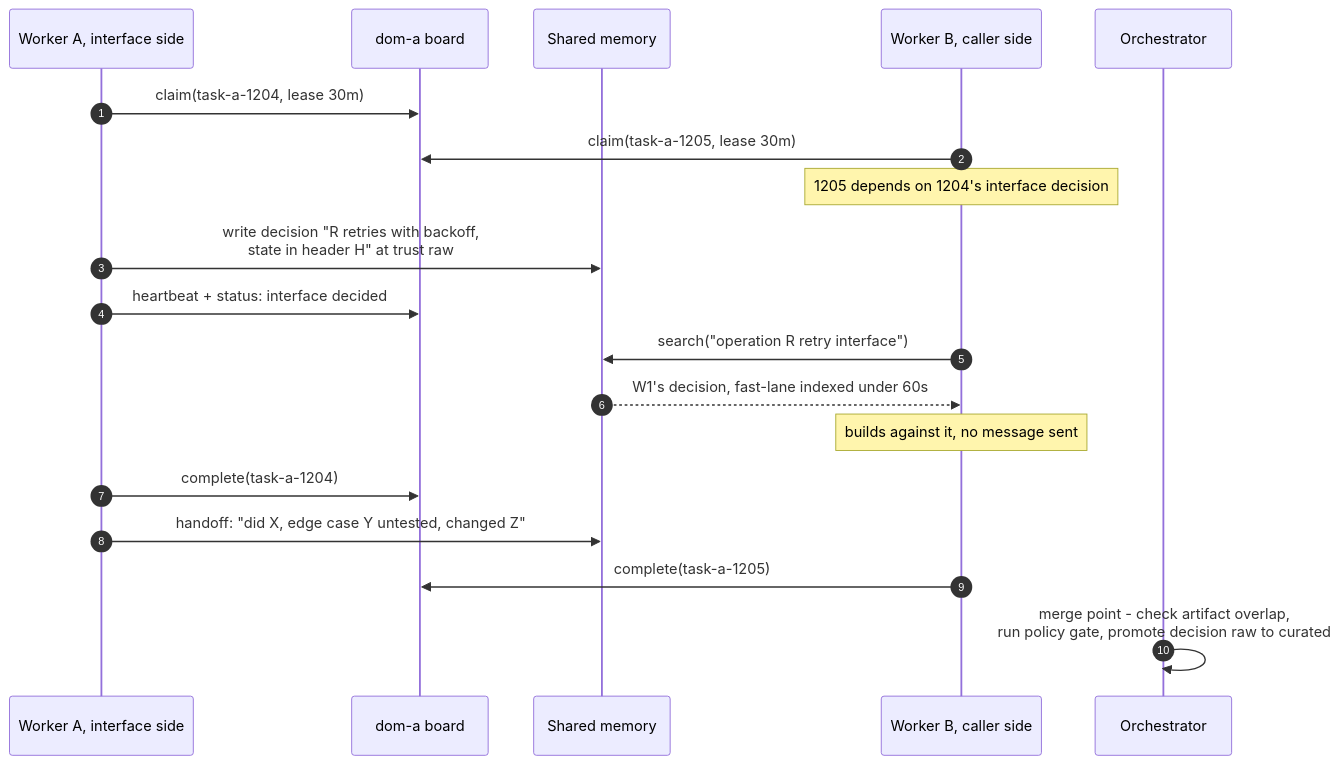
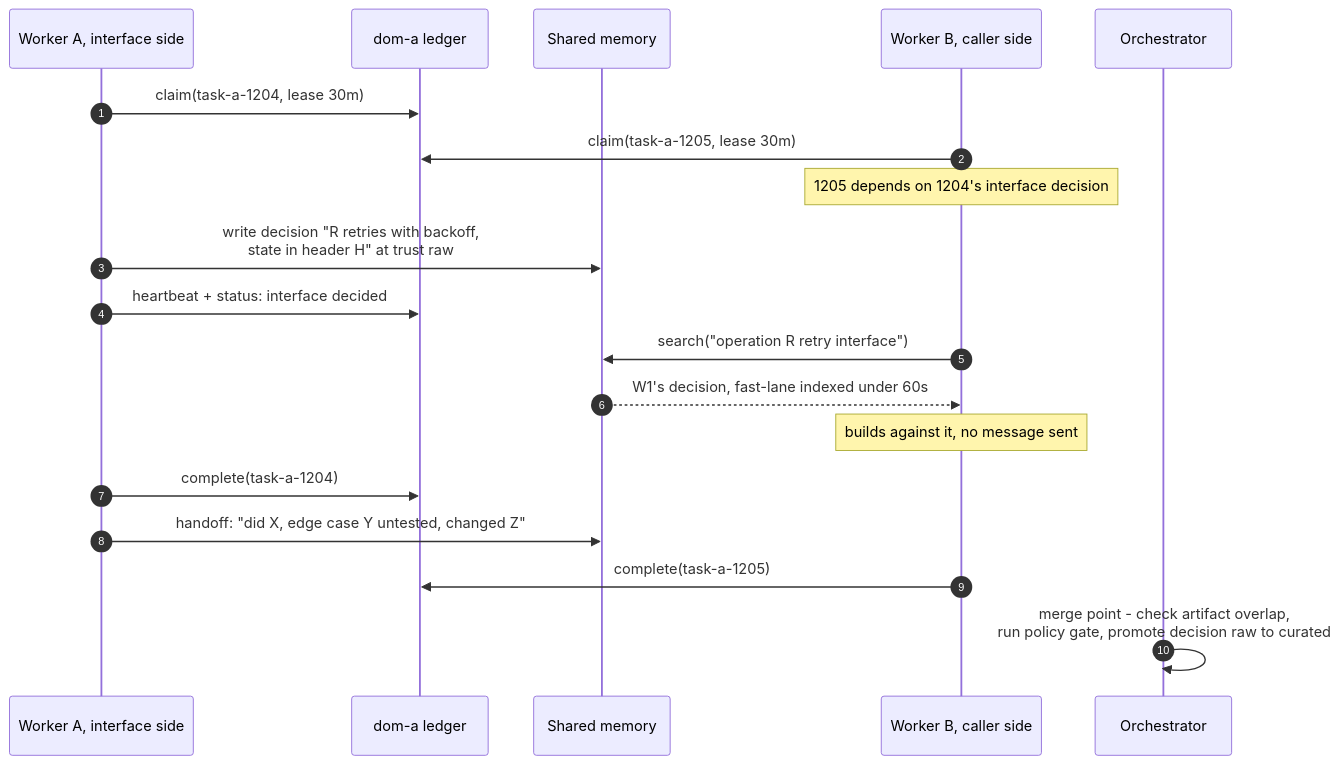
The eighth of 14 diagrams in docs/durable-memory-for-disposable-agents.md (apache/tooling-memory), drawn with Mermaid before and after one commit. The commit also changed other lines of this file and 1 other file, not shown here.

First line of the commit message:
Rename the task board to the task ledger

````diff
--- a/docs/durable-memory-for-disposable-agents.md
+++ b/docs/durable-memory-for-disposable-agents.md
@@ -594,22 +594,22 @@
 ```mermaid
 sequenceDiagram
     autonumber
     participant W1 as Worker A, interface side
-    participant TB as dom-a board
+    participant TB as dom-a ledger
     participant M as Shared memory
     participant W2 as Worker B, caller side
     participant OR as Orchestrator
 
     W1->>TB: claim(task-a-1204, lease 30m)
     W2->>TB: claim(task-a-1205, lease 30m)
     Note over W2: 1205 depends on 1204's interface decision
     W1->>M: write decision "R retries with backoff,<br/>state in header H" at trust raw
     W1->>TB: heartbeat + status: interface decided
     W2->>M: search("operation R retry interface")
     M-->>W2: W1's decision, fast-lane indexed under 60s
     Note over W2: builds against it, no message sent
     W1->>TB: complete(task-a-1204)
     W1->>M: handoff: "did X, edge case Y untested, changed Z"
     W2->>TB: complete(task-a-1205)
     OR->>OR: merge point - check artifact overlap,<br/>run policy gate, promote decision raw to curated
 ```
````
